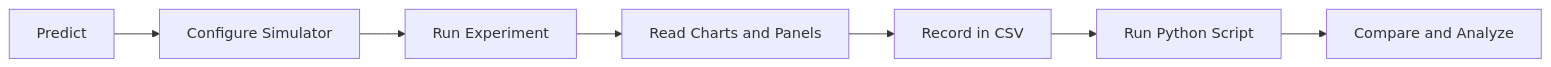
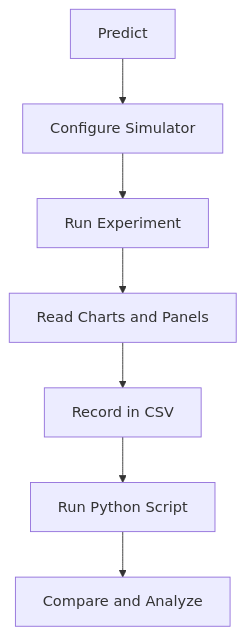
Before and after one commit to SiliconWit/mechanism-design-simulation: the first of 2 diagrams in crank-slider-experiments.mdx, drawn with Mermaid. The commit also changed 3 other files, not shown here.

Commit message:
Add scissor lift experiments (Lesson 3), vertical mermaid workflows, update index

````diff
--- a/crank-slider-experiments.mdx
+++ b/crank-slider-experiments.mdx
@@ -57,9 +57,9 @@
 ```mermaid
-flowchart LR
+flowchart TD
     A[Predict] --> B[Configure Simulator]
     B --> C[Run Experiment]
     C --> D[Read Charts and Panels]
     D --> E[Record in CSV]
     E --> F[Run Python Script]
     F --> G[Compare and Analyze]
 ```
````
